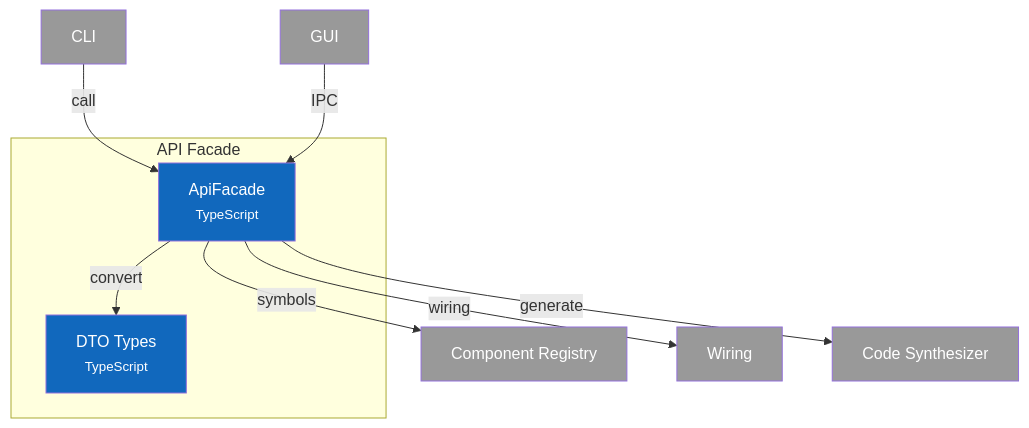
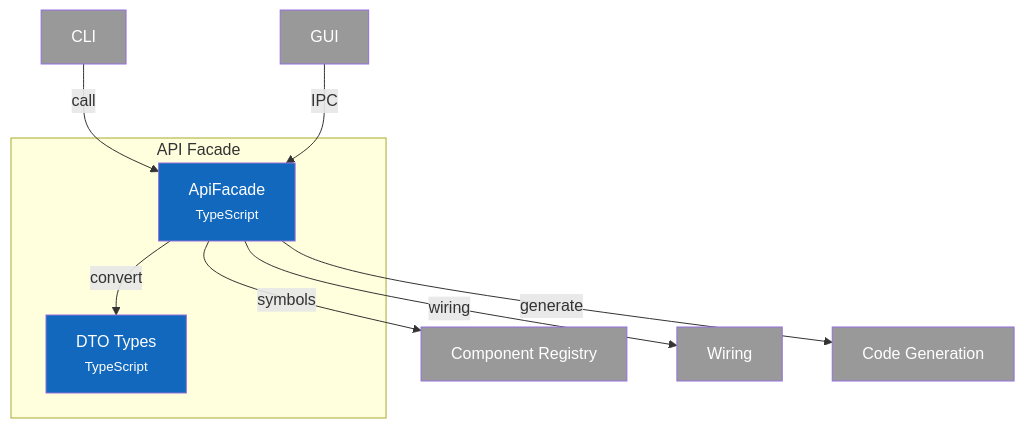
Before and after one commit to louipr/cyrus-code: the diagram in docs/c4/component-facade.md, drawn with Mermaid. The commit also changed other lines of this file and 120 other files, not shown here.

````diff
--- a/docs/c4/component-facade.md
+++ b/docs/c4/component-facade.md
@@ -9,22 +9,22 @@
 ```mermaid
 flowchart TD
     subgraph facade ["API Facade"]
         api["ApiFacade<br/><small>TypeScript</small>"]
         types["DTO Types<br/><small>TypeScript</small>"]
     end
 
     cli["CLI"] -->|"call"| api
     gui["GUI"] -->|"IPC"| api
 
     api -->|"symbols"| registry["Component Registry"]
     api -->|"wiring"| wiring["Wiring"]
-    api -->|"generate"| synth["Code Synthesizer"]
+    api -->|"generate"| codegen["Code Generation"]
 
     api -->|"convert"| types
 
     classDef component fill:#1168bd,color:#fff
     classDef external fill:#999,color:#fff
 
     class api,types component
-    class cli,gui,registry,wiring,synth external
+    class cli,gui,registry,wiring,codegen external
 ```
````
